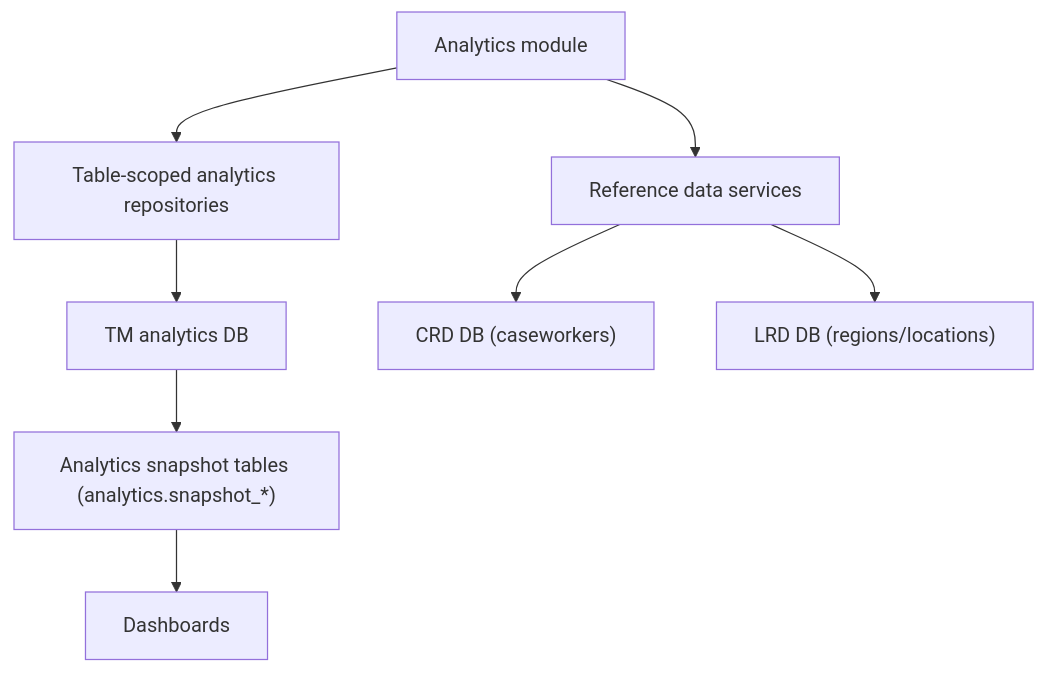
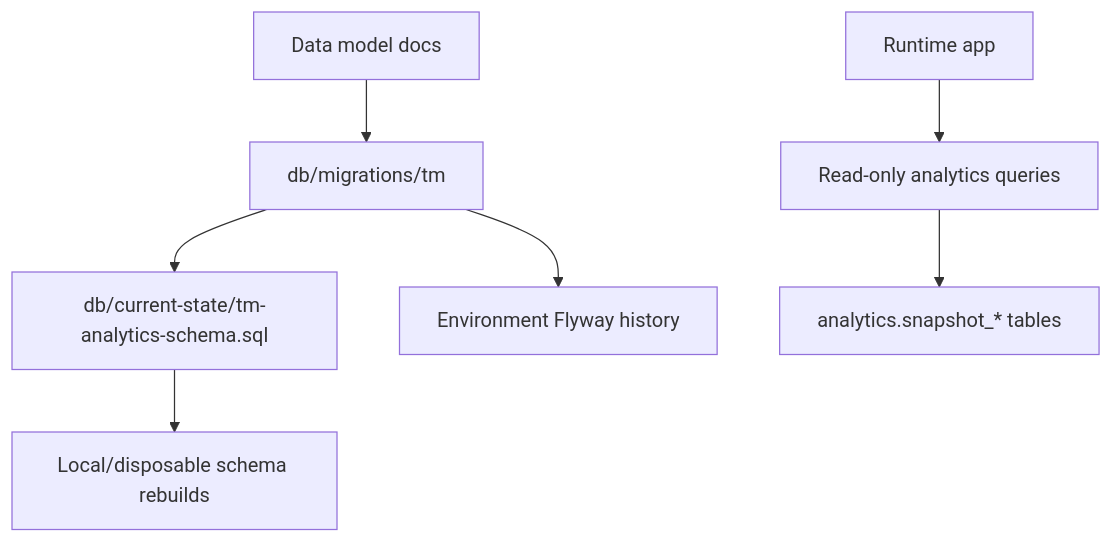
Before and after one commit to hmcts/wa-reporting-frontend: the diagram in docs/technical/data-sources.md, drawn with Mermaid. The commit also changed other lines of this file and 23 other files, not shown here.

````diff
--- a/docs/technical/data-sources.md
+++ b/docs/technical/data-sources.md
@@ -32,10 +23,9 @@
 ```mermaid
 flowchart TB
-  App["Analytics module"] --> TMRepo["Table-scoped analytics repositories"]
-  App --> RefSvc["Reference data services"]
-  TMRepo --> TM["TM analytics DB"]
-  RefSvc --> CRD["CRD DB (caseworkers)"]
-  RefSvc --> LRD["LRD DB (regions/locations)"]
-  TM --> Snapshots["Analytics snapshot tables (analytics.snapshot_*)"]
-  Snapshots --> Dashboards["Dashboards"]
+  Docs["Data model docs"] --> Migrations["db/migrations/tm"]
+  Migrations --> CurrentState["db/current-state/tm-analytics-schema.sql"]
+  CurrentState --> LocalRebuild["Local/disposable schema rebuilds"]
+  Migrations --> Environments["Environment Flyway history"]
+  App["Runtime app"] --> Reads["Read-only analytics queries"]
+  Reads --> Snapshots["analytics.snapshot_* tables"]
 ```
````
